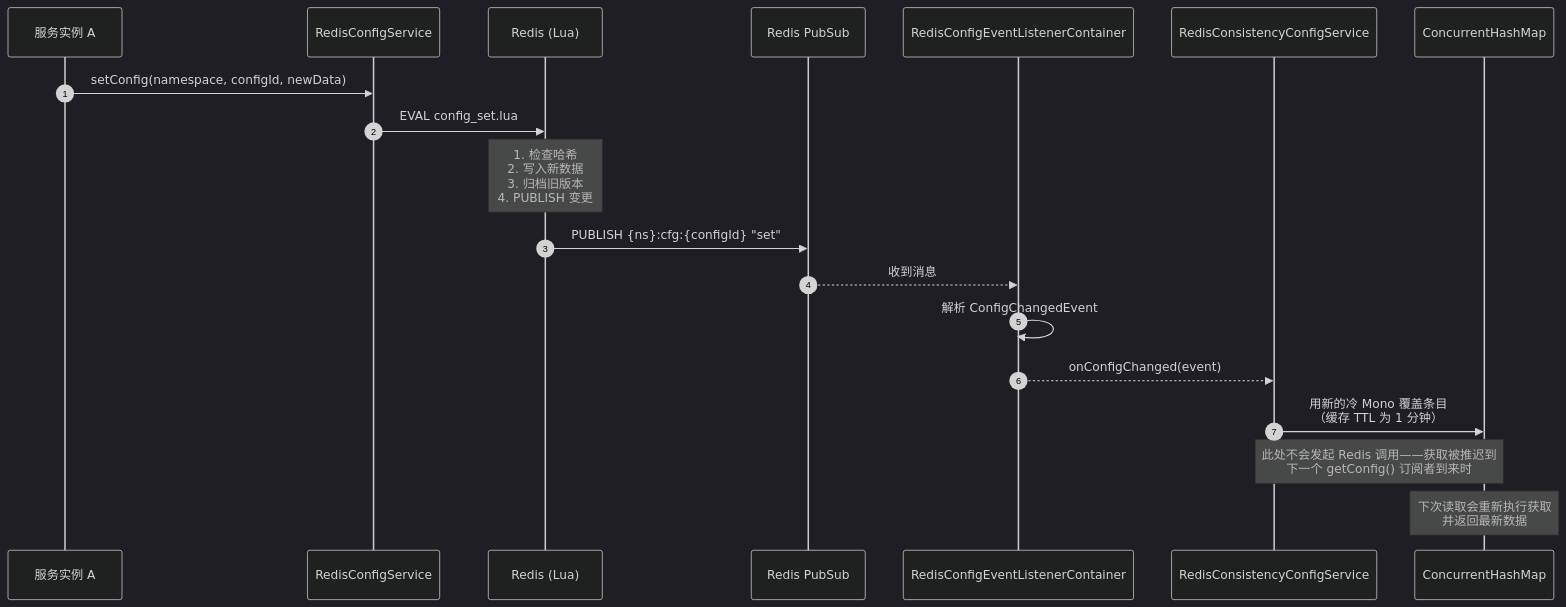
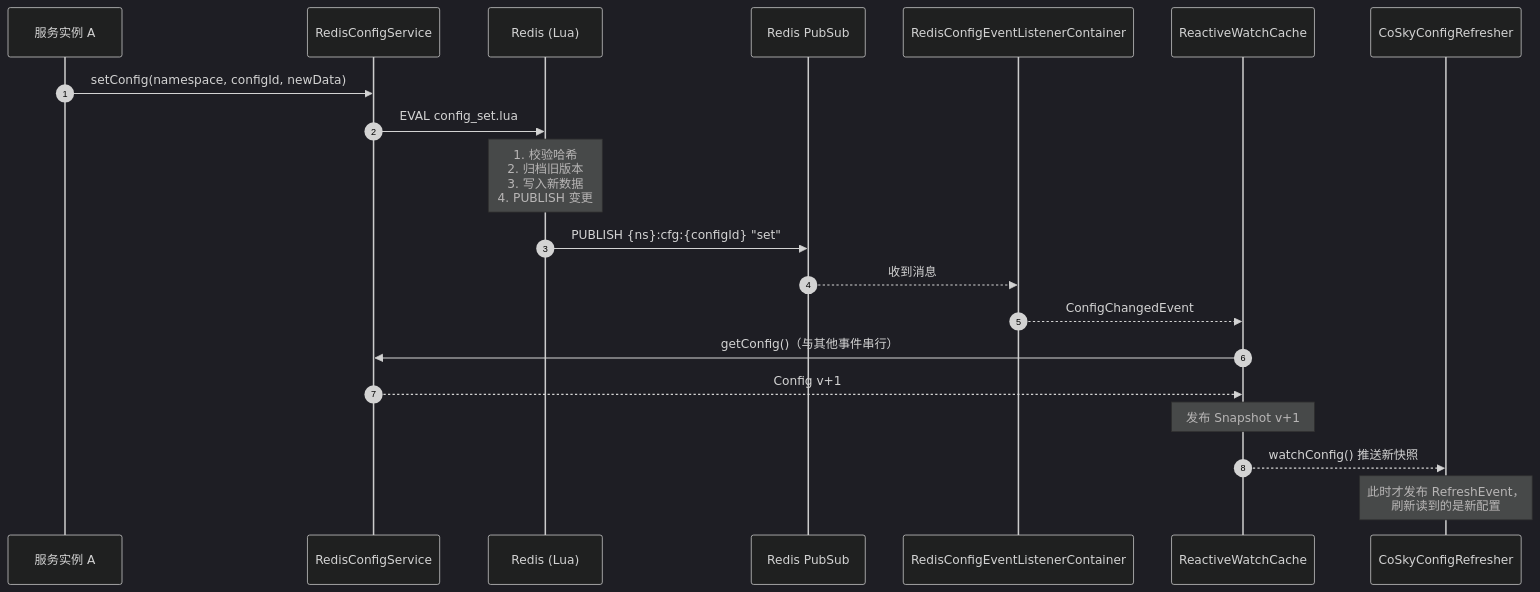
The fourth of 7 diagrams in wiki/zh/guide/config-consistency.md (Ahoo-Wang/CoSky), drawn with Mermaid (dark theme) before and after one commit. The commit also changed other lines of this file and 35 other files, not shown here.

````diff
--- a/wiki/zh/guide/config-consistency.md
+++ b/wiki/zh/guide/config-consistency.md
@@ -141,23 +138,24 @@
 ```mermaid
 sequenceDiagram
     autonumber
     participant Producer as 服务实例 A
     participant RDS as RedisConfigService
     participant Redis as Redis (Lua)
     participant PS as Redis PubSub
     participant Listener as RedisConfigEventListenerContainer
-    participant RCS as RedisConsistencyConfigService
-    participant Cache as ConcurrentHashMap
+    participant Cache as ReactiveWatchCache
+    participant Refresher as CoSkyConfigRefresher
 
     Producer->>RDS: setConfig(namespace, configId, newData)
     RDS->>Redis: EVAL config_set.lua
-    Note over Redis: 1. 检查哈希<br>2. 写入新数据<br>3. 归档旧版本<br>4. PUBLISH 变更
+    Note over Redis: 1. 校验哈希<br>2. 归档旧版本<br>3. 写入新数据<br>4. PUBLISH 变更
     Redis->>PS: PUBLISH {ns}:cfg:{configId} "set"
 
     PS-->>Listener: 收到消息
-    Listener->>Listener: 解析 ConfigChangedEvent
-    Listener-->>RCS: onConfigChanged(event)
-    RCS->>Cache: 用新的冷 Mono 覆盖条目<br>（缓存 TTL 为 1 分钟）
-    Note over RCS,Cache: 此处不会发起 Redis 调用——获取被推迟到<br>下一个 getConfig() 订阅者到来时
-    Note over Cache: 下次读取会重新执行获取<br>并返回最新数据
+    Listener-->>Cache: ConfigChangedEvent
+    Cache->>RDS: getConfig()（与其他事件串行）
+    RDS-->>Cache: Config v+1
+    Note over Cache: 发布 Snapshot v+1
+    Cache-->>Refresher: watchConfig() 推送新快照
+    Note over Refresher: 此时才发布 RefreshEvent，<br>刷新读到的是新配置
 ```
````
